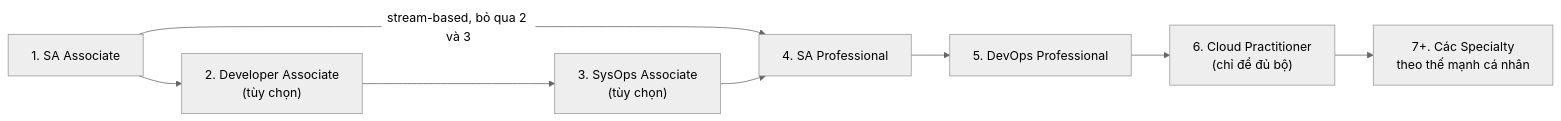
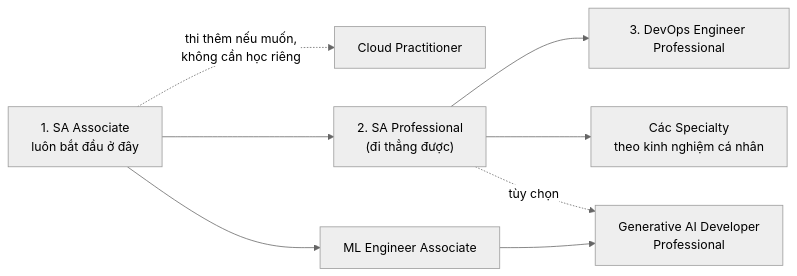
The second of 2 diagrams in data/00 Course and Exam/SAA-C03 Exam Overview.md (hairbui76/aws-saa-c03), drawn with Mermaid (neutral theme) before and after one commit. The commit also changed other lines of this file and 20 other files, not shown here.

````diff
--- a/data/00 Course and Exam/SAA-C03 Exam Overview.md
+++ b/data/00 Course and Exam/SAA-C03 Exam Overview.md
@@ -68,10 +69,10 @@
 ```mermaid
 flowchart LR
-  SAA["1. SA Associate"] --> DVA["2. Developer Associate<br/>(tùy chọn)"]
-  DVA --> SOA["3. SysOps Associate<br/>(tùy chọn)"]
-  SAA -->|"stream-based, bỏ qua 2 và 3"| SAP["4. SA Professional"]
-  SOA --> SAP
-  SAP --> DOP["5. DevOps Professional"]
-  DOP --> CLF["6. Cloud Practitioner<br/>(chỉ để đủ bộ)"]
-  CLF --> SPEC["7+. Các Specialty<br/>theo thế mạnh cá nhân"]
+  SAA["1. SA Associate<br/>luôn bắt đầu ở đây"] -.->|"thi thêm nếu muốn,<br/>không cần học riêng"| CLF["Cloud Practitioner"]
+  SAA --> SAP["2. SA Professional<br/>(đi thẳng được)"]
+  SAP --> DOP["3. DevOps Engineer Professional"]
+  SAP --> SPEC["Các Specialty<br/>theo kinh nghiệm cá nhân"]
+  SAA --> MLE["ML Engineer Associate"]
+  MLE --> GAI["Generative AI Developer<br/>Professional"]
+  SAP -.->|"tùy chọn"| GAI
 ```
````
